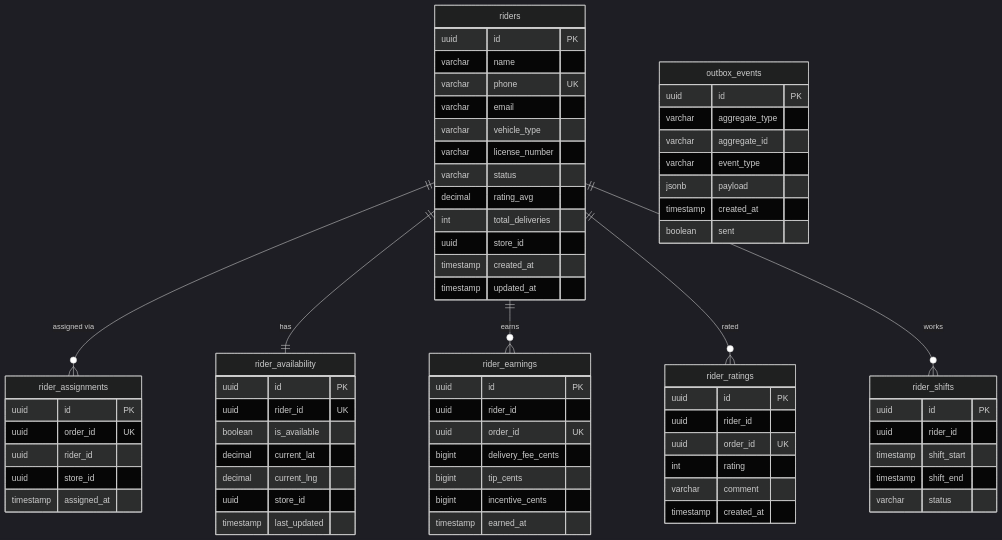
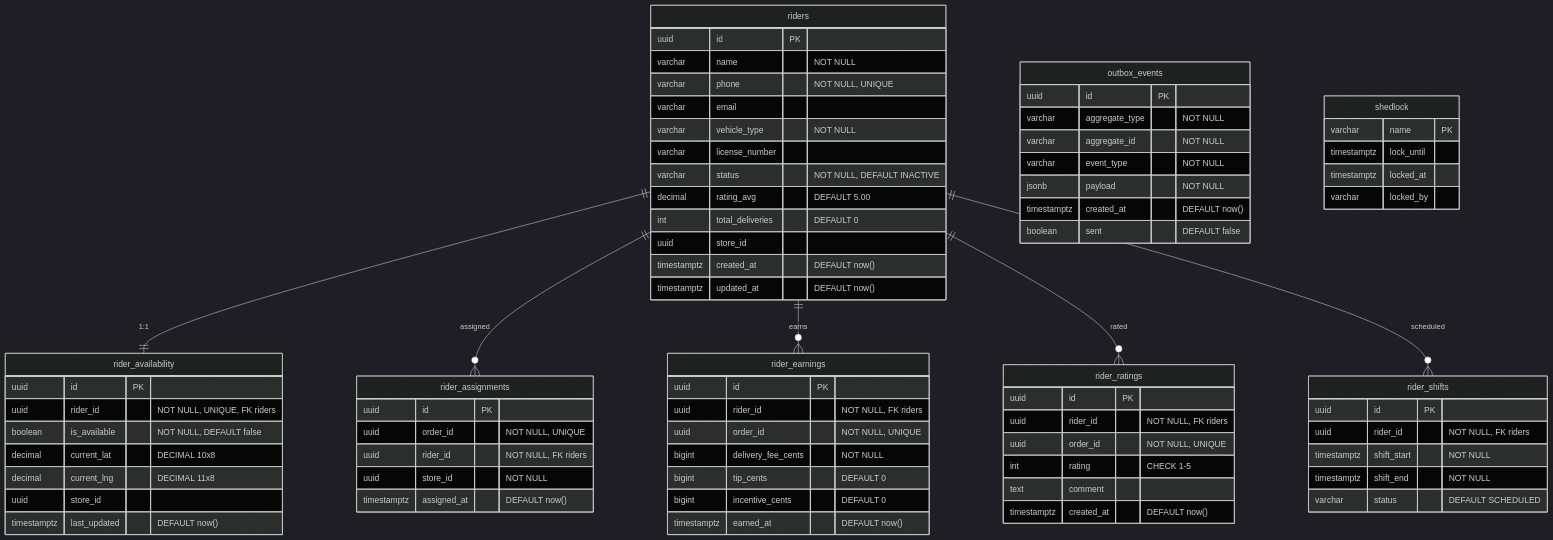
The fifth of 5 diagrams in services/rider-fleet-service/README.md (sunitakeazycommerz-a11y/InstaCommerce), drawn with Mermaid (dark theme) before and after one commit. The commit also changed other lines of this file and 2 other files, not shown here.

Commit message:
docs(logistics): deepen dark-store service guides

````diff
--- a/services/rider-fleet-service/README.md
+++ b/services/rider-fleet-service/README.md
@@ -151,71 +498,77 @@
 ```mermaid
 erDiagram
     riders {
         uuid id PK
-        varchar name
-        varchar phone UK
+        varchar name "NOT NULL"
+        varchar phone "NOT NULL, UNIQUE"
         varchar email
-        varchar vehicle_type
+        varchar vehicle_type "NOT NULL"
         varchar license_number
-        varchar status
-        decimal rating_avg
-        int total_deliveries
+        varchar status "NOT NULL, DEFAULT INACTIVE"
+        decimal rating_avg "DEFAULT 5.00"
+        int total_deliveries "DEFAULT 0"
         uuid store_id
-        timestamp created_at
-        timestamp updated_at
+        timestamptz created_at "DEFAULT now()"
+        timestamptz updated_at "DEFAULT now()"
     }
     rider_availability {
         uuid id PK
-        uuid rider_id UK
-        boolean is_available
-        decimal current_lat
-        decimal current_lng
+        uuid rider_id "NOT NULL, UNIQUE, FK riders"
+        boolean is_available "NOT NULL, DEFAULT false"
+        decimal current_lat "DECIMAL 10x8"
+        decimal current_lng "DECIMAL 11x8"
         uuid store_id
-        timestamp last_updated
+        timestamptz last_updated "DEFAULT now()"
     }
     rider_assignments {
         uuid id PK
-        uuid order_id UK
-        uuid rider_id
-        uuid store_id
-        timestamp assigned_at
+        uuid order_id "NOT NULL, UNIQUE"
+        uuid rider_id "NOT NULL, FK riders"
+        uuid store_id "NOT NULL"
+        timestamptz assigned_at "DEFAULT now()"
     }
     rider_earnings {
         uuid id PK
-        uuid rider_id
-        uuid order_id UK
-        bigint delivery_fee_cents
-        bigint tip_cents
-        bigint incentive_cents
-        timestamp earned_at
+        uuid rider_id "NOT NULL, FK riders"
+        uuid order_id "NOT NULL, UNIQUE"
+        bigint delivery_fee_cents "NOT NULL"
+        bigint tip_cents "DEFAULT 0"
+        bigint incentive_cents "DEFAULT 0"
+        timestamptz earned_at "DEFAULT now()"
     }
     rider_ratings {
         uuid id PK
-        uuid rider_id
-        uuid order_id UK
-        int rating
-        varchar comment
-        timestamp created_at
+        uuid rider_id "NOT NULL, FK riders"
+        uuid order_id "NOT NULL, UNIQUE"
+        int rating "CHECK 1-5"
+        text comment
+        timestamptz created_at "DEFAULT now()"
     }
     rider_shifts {
         uuid id PK
-        uuid rider_id
-        timestamp shift_start
-        timestamp shift_end
-        varchar status
+        uuid rider_id "NOT NULL, FK riders"
+        timestamptz shift_start "NOT NULL"
+        timestamptz shift_end "NOT NULL"
+        varchar status "DEFAULT SCHEDULED"
     }
     outbox_events {
         uuid id PK
-        varchar aggregate_type
-        varchar aggregate_id
-        varchar event_type
-        jsonb payload
-        timestamp created_at
-        boolean sent
+        varchar aggregate_type "NOT NULL"
+        varchar aggregate_id "NOT NULL"
+        varchar event_type "NOT NULL"
+        jsonb payload "NOT NULL"
+        timestamptz created_at "DEFAULT now()"
+        boolean sent "DEFAULT false"
     }
-    riders ||--o{ rider_assignments : "assigned via"
-    riders ||--|| rider_availability : "has"
+    shedlock {
+        varchar name PK
+        timestamptz lock_until
+        timestamptz locked_at
+        varchar locked_by
+    }
+    riders ||--|| rider_availability : "1:1"
+    riders ||--o{ rider_assignments : "assigned"
     riders ||--o{ rider_earnings : "earns"
     riders ||--o{ rider_ratings : "rated"
-    riders ||--o{ rider_shifts : "works"
+    riders ||--o{ rider_shifts : "scheduled"
 ```
````
